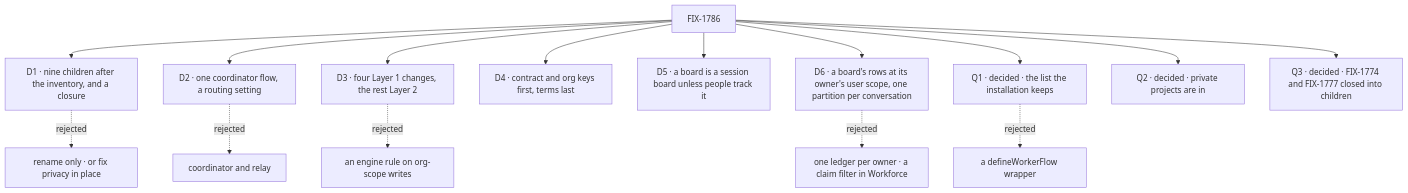
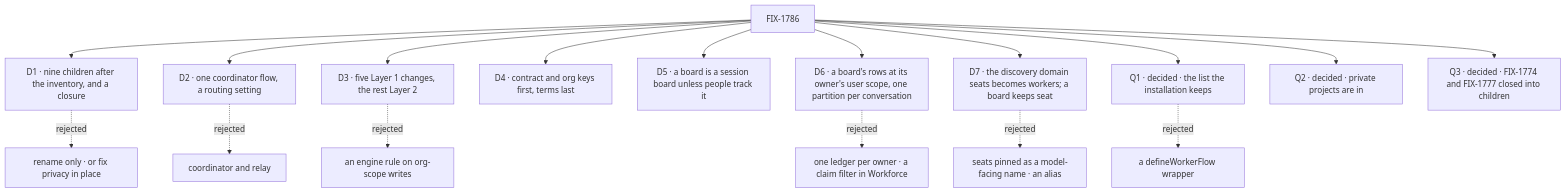
Before and after one commit to fixpoint-labs/flow-state-dev: the diagram in specs/epics/FIX-1786/DECISIONS.md, drawn with Mermaid. The commit also changed other lines of this file and 8 other files, not shown here.

First line of the commit message:
spec(epic): record discovery's seats domain becoming workers as D7 (FIX-1786)

````diff
--- a/specs/epics/FIX-1786/DECISIONS.md
+++ b/specs/epics/FIX-1786/DECISIONS.md
@@ -15,17 +16,19 @@
 ```mermaid
 flowchart TD
   E["FIX-1786"] --> D1["D1 · nine children after the inventory, and a closure"]
   D1 -.->|"rejected"| X1["rename only · or fix privacy in place"]
   E --> D2["D2 · one coordinator flow, a routing setting"]
   D2 -.->|"rejected"| X2["coordinator and relay"]
-  E --> D3["D3 · four Layer 1 changes, the rest Layer 2"]
+  E --> D3["D3 · five Layer 1 changes, the rest Layer 2"]
   D3 -.->|"rejected"| X3["an engine rule on org-scope writes"]
   E --> D4["D4 · contract and org keys first, terms last"]
   E --> D5["D5 · a board is a session board unless people track it"]
   E --> D6["D6 · a board's rows at its owner's user scope, one partition per conversation"]
   D6 -.->|"rejected"| X6["one ledger per owner · a claim filter in Workforce"]
+  E --> D7["D7 · the discovery domain seats becomes workers; a board keeps seat"]
+  D7 -.->|"rejected"| X7["seats pinned as a model-facing name · an alias"]
   E --> Q1["Q1 · decided · the list the installation keeps"]
   Q1 -.->|"rejected"| XQ1["a defineWorkerFlow wrapper"]
   E --> Q2["Q2 · decided · private projects are in"]
   E --> Q3["Q3 · decided · FIX-1774 and FIX-1777 closed into children"]
 ```
````
